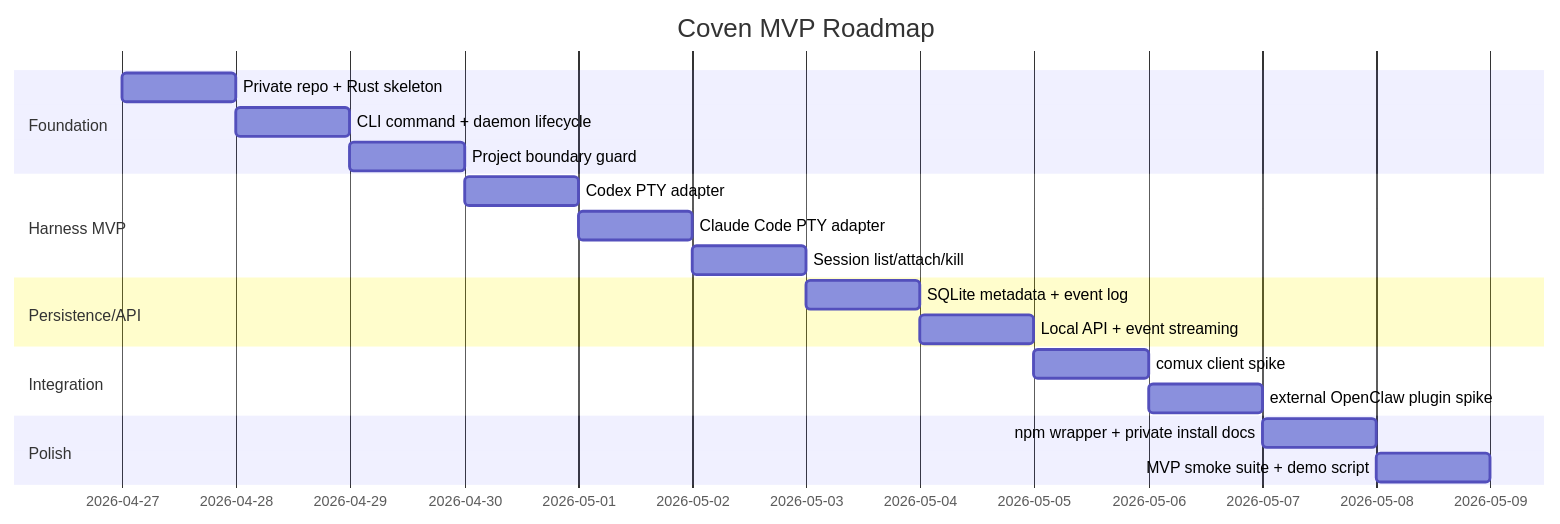
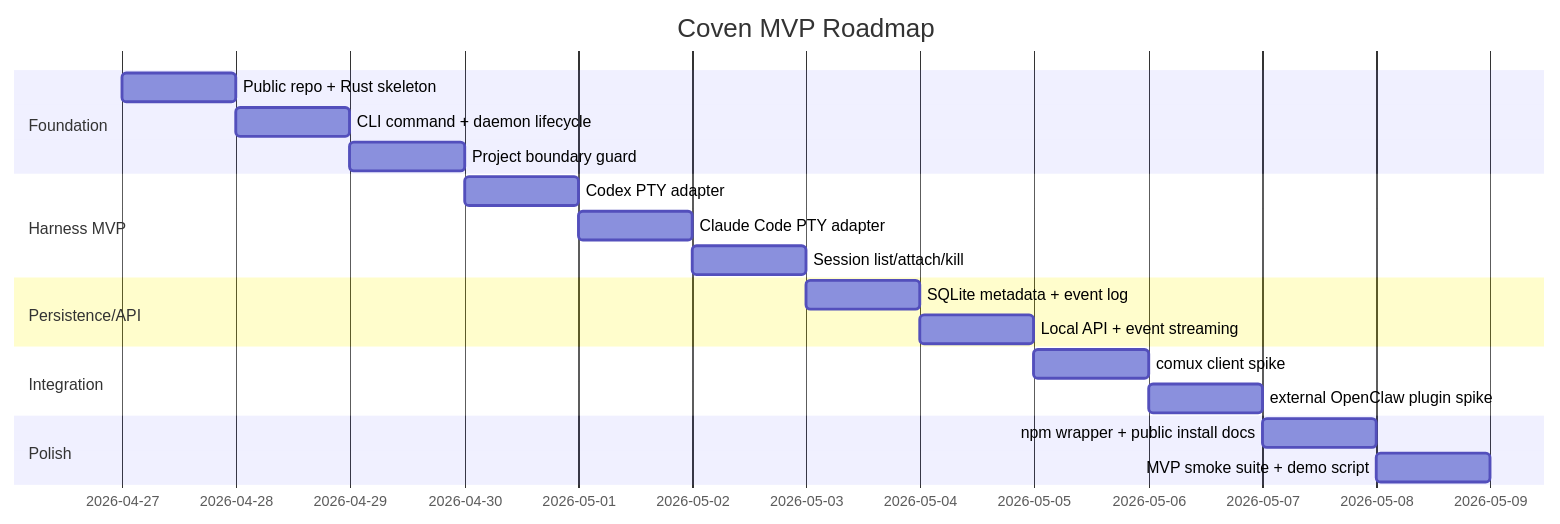
The sixth of 6 diagrams in docs/MVP-PLAN.md (OpenCoven/coven), drawn with Mermaid before and after one commit. The commit also changed other lines of this file and 2 other files, not shown here.

Commit message:
docs: align coven with public early-adopter path

````diff
--- a/docs/MVP-PLAN.md
+++ b/docs/MVP-PLAN.md
@@ -446,22 +446,22 @@
 ```mermaid
 gantt
   title Coven MVP Roadmap
   dateFormat  YYYY-MM-DD
   section Foundation
-  Private repo + Rust skeleton           :a1, 2026-04-27, 1d
+  Public repo + Rust skeleton            :a1, 2026-04-27, 1d
   CLI command + daemon lifecycle         :a2, after a1, 1d
   Project boundary guard                 :a3, after a2, 1d
   section Harness MVP
   Codex PTY adapter                      :b1, after a3, 1d
   Claude Code PTY adapter                :b2, after b1, 1d
   Session list/attach/kill               :b3, after b2, 1d
   section Persistence/API
   SQLite metadata + event log            :c1, after b3, 1d
   Local API + event streaming            :c2, after c1, 1d
   section Integration
   comux client spike                     :d1, after c2, 1d
   external OpenClaw plugin spike         :d2, after d1, 1d
   section Polish
-  npm wrapper + private install docs     :e1, after d2, 1d
+  npm wrapper + public install docs      :e1, after d2, 1d
   MVP smoke suite + demo script          :e2, after e1, 1d
 ```
````
